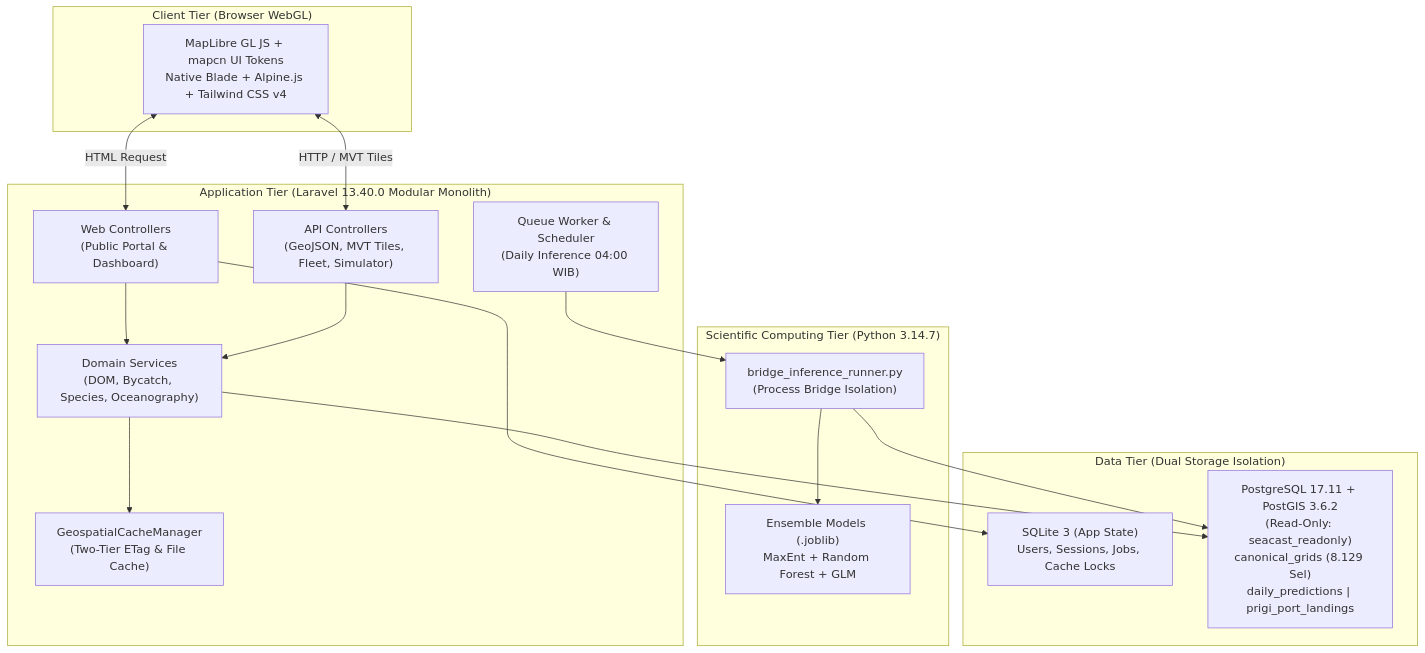
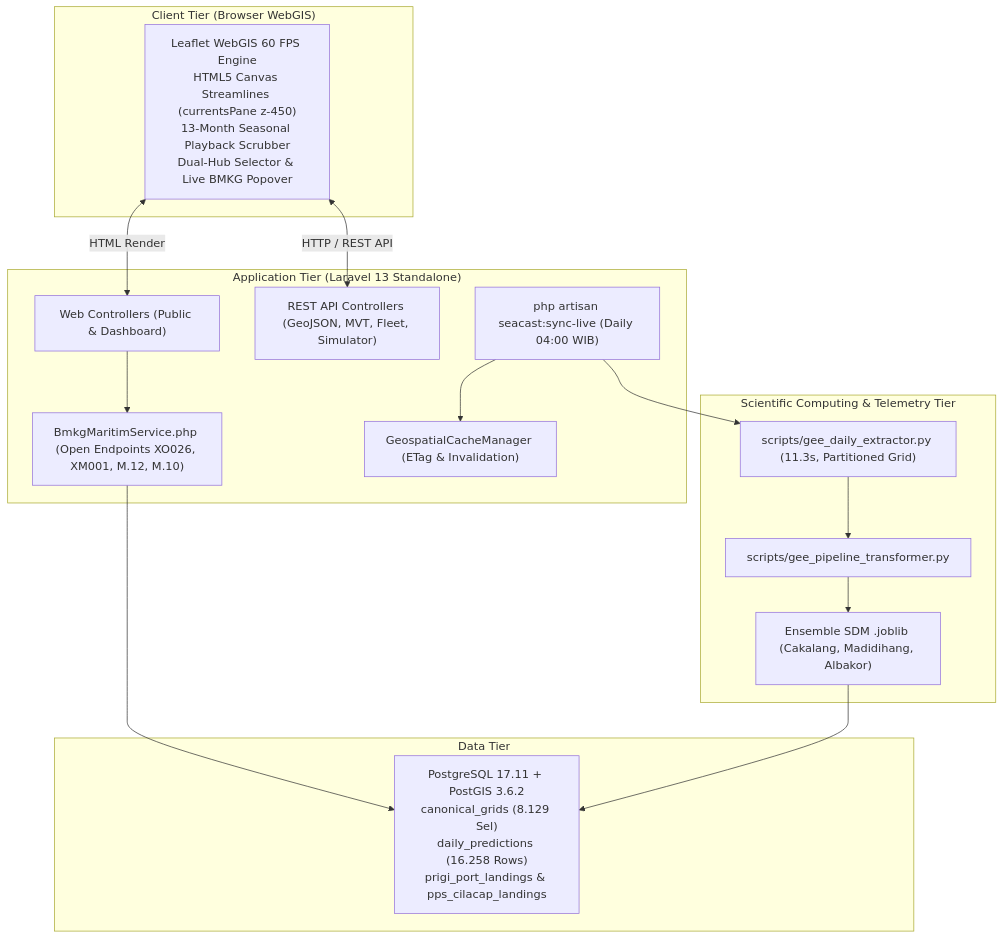
The second of 2 diagrams in docs/project/SEACAST_EXECUTIVE_SUMMARY.md (ZyrexR/seacast-wpp573), drawn with Mermaid before and after one commit. The commit also changed other lines of this file and 807 other files, not shown here.

````diff
--- a/docs/project/SEACAST_EXECUTIVE_SUMMARY.md
+++ b/docs/project/SEACAST_EXECUTIVE_SUMMARY.md
@@ -364,35 +137,34 @@
 ```mermaid
 graph TD
-    subgraph Client["Client Tier (Browser WebGL)"]
-        UI["MapLibre GL JS + mapcn UI Tokens<br/>Native Blade + Alpine.js + Tailwind CSS v4"]
+    subgraph Client["Client Tier (Browser WebGIS)"]
+        UI["Leaflet WebGIS 60 FPS Engine<br/>HTML5 Canvas Streamlines (currentsPane z-450)<br/>13-Month Seasonal Playback Scrubber<br/>Dual-Hub Selector & Live BMKG Popover"]
     end
 
-    subgraph AppServer["Application Tier (Laravel 13.40.0 Modular Monolith)"]
-        WebCtrl["Web Controllers<br/>(Public Portal & Dashboard)"]
-        ApiCtrl["API Controllers<br/>(GeoJSON, MVT Tiles, Fleet, Simulator)"]
-        QueueWorker["Queue Worker & Scheduler<br/>(Daily Inference 04:00 WIB)"]
-        DomainSvc["Domain Services<br/>(DOM, Bycatch, Species, Oceanography)"]
-        GeoCache["GeospatialCacheManager<br/>(Two-Tier ETag & File Cache)"]
+    subgraph AppServer["Application Tier (Laravel 13 Standalone)"]
+        WebCtrl["Web Controllers (Public & Dashboard)"]
+        ApiCtrl["REST API Controllers (GeoJSON, MVT, Fleet, Simulator)"]
+        LiveBmkg["BmkgMaritimService.php (Open Endpoints XO026, XM001, M.12, M.10)"]
+        SyncCmd["php artisan seacast:sync-live (Daily 04:00 WIB)"]
+        GeoCache["GeospatialCacheManager (ETag & Invalidation)"]
     end
 
-    subgraph EngineTier["Scientific Computing Tier (Python 3.14.7)"]
-        PyBridge["bridge_inference_runner.py<br/>(Process Bridge Isolation)"]
-        MLModels["Ensemble Models (.joblib)<br/>MaxEnt + Random Forest + GLM"]
+    subgraph ScientificTier["Scientific Computing & Telemetry Tier"]
+        GeeExtract["scripts/gee_daily_extractor.py (11.3s, Partitioned Grid)"]
+        GeeTrans["scripts/gee_pipeline_transformer.py"]
+        MLModels["Ensemble SDM .joblib (Cakalang, Madidihang, Albakor)"]
     end
 
-    subgraph DataTier["Data Tier (Dual Storage Isolation)"]
-        SQLiteApp["SQLite 3 (App State)<br/>Users, Sessions, Jobs, Cache Locks"]
-        PostGIS["PostgreSQL 17.11 + PostGIS 3.6.2<br/>(Read-Only: seacast_readonly)<br/>canonical_grids (8.129 Sel)<br/>daily_predictions | prigi_port_landings"]
+    subgraph StorageTier["Data Tier"]
+        PostGIS["PostgreSQL 17.11 + PostGIS 3.6.2<br/>canonical_grids (8.129 Sel)<br/>daily_predictions (16.258 Rows)<br/>prigi_port_landings & pps_cilacap_landings"]
     end
 
-    UI <-->|HTTP / MVT Tiles| ApiCtrl
-    UI <-->|HTML Request| WebCtrl
-    WebCtrl --> DomainSvc
-    ApiCtrl --> DomainSvc
-    DomainSvc --> GeoCache
-    DomainSvc --> PostGIS
-    QueueWorker --> PyBridge
-    PyBridge --> MLModels
-    PyBridge --> PostGIS
-    WebCtrl --> SQLiteApp
+    UI <-->|HTTP / REST API| ApiCtrl
+    UI <-->|HTML Render| WebCtrl
+    WebCtrl --> LiveBmkg
+    SyncCmd --> GeeExtract
+    GeeExtract --> GeeTrans
+    GeeTrans --> MLModels
+    MLModels --> PostGIS
+    LiveBmkg --> PostGIS
+    SyncCmd --> GeoCache
 ```
````
